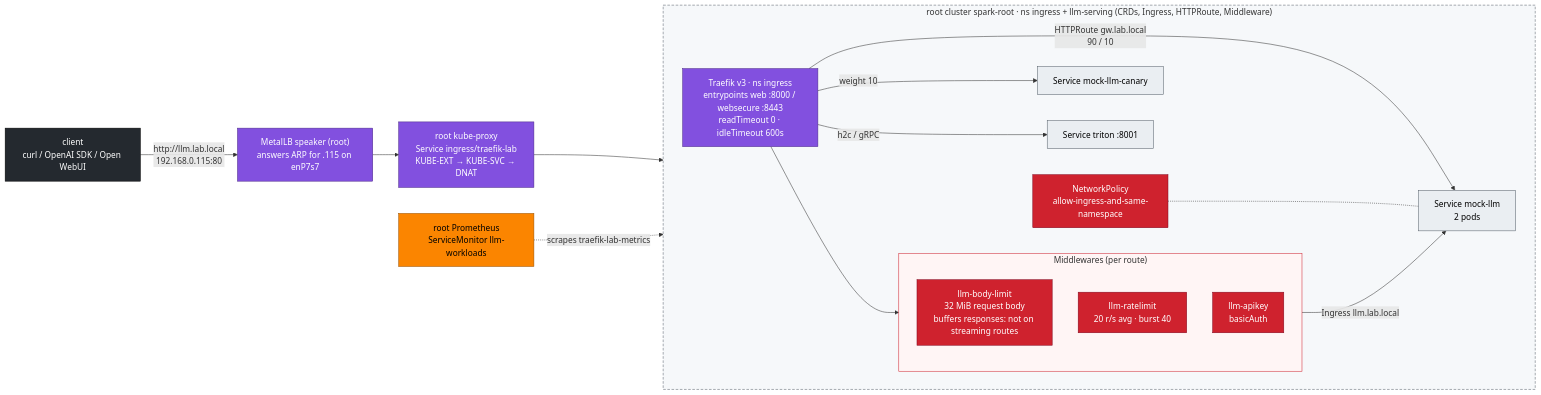
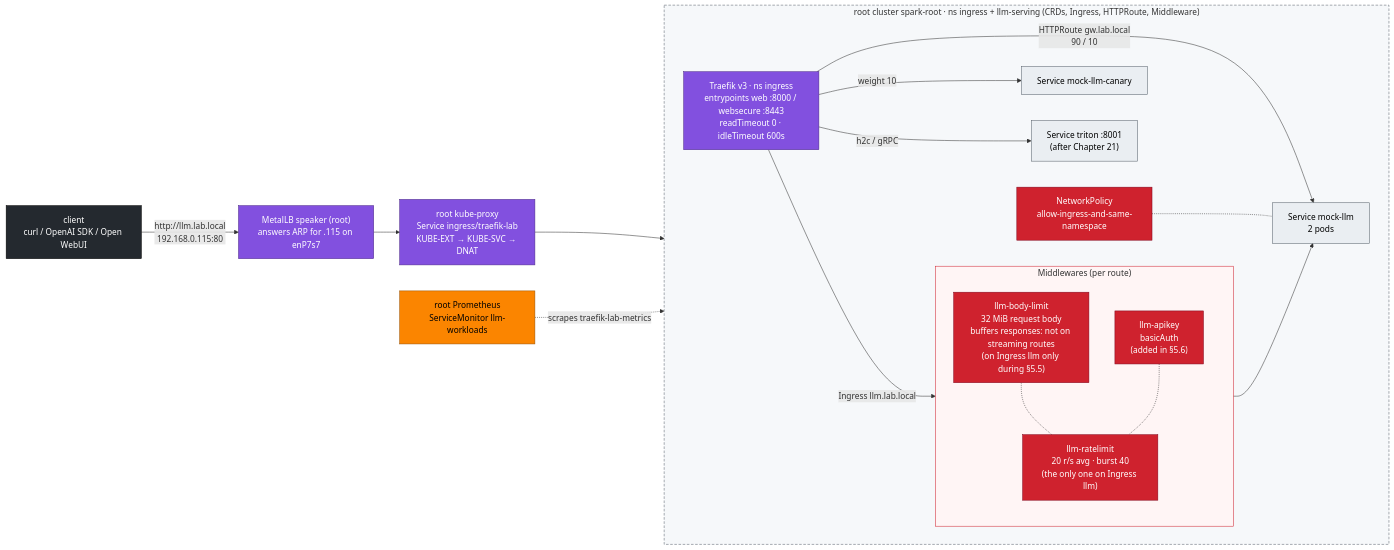
Before and after one commit to cloudone365/technical-depth: the first of 3 diagrams in 02-Kubernetes/11-ingress-controllers-and-gateway-api.md, drawn with Mermaid. The commit also changed other lines of this file and 91 other files, not shown here.

First line of the commit message:
Docs audit 01-04: fix mistakes found against the lab files; step-by-step flows

````diff
--- a/02-Kubernetes/11-ingress-controllers-and-gateway-api.md
+++ b/02-Kubernetes/11-ingress-controllers-and-gateway-api.md
@@ -33,39 +33,41 @@
 ```mermaid
 flowchart LR
   CL["client<br/>curl / OpenAI SDK / Open WebUI"] -->|"http://llm.lab.local<br/>192.168.0.115:80"| ARP["MetalLB speaker (root)<br/>answers ARP for .115 on enP7s7"]
   ARP --> KP["root kube-proxy<br/>Service ingress/traefik-lab<br/>KUBE-EXT → KUBE-SVC → DNAT"]
   subgraph LLMS["root cluster spark-root · ns ingress + llm-serving (CRDs, Ingress, HTTPRoute, Middleware)"]
     direction LR
     TR["Traefik v3 · ns ingress<br/>entrypoints web :8000 / websecure :8443<br/>readTimeout 0 · idleTimeout 600s"]
     subgraph MW["Middlewares (per route)"]
       direction TB
-      M1["llm-body-limit<br/>32 MiB request body<br/>buffers responses: not on streaming routes"]
-      M2["llm-ratelimit<br/>20 r/s avg · burst 40"]
-      M3["llm-apikey<br/>basicAuth"]
+      M1["llm-body-limit<br/>32 MiB request body<br/>buffers responses: not on streaming routes<br/>(on Ingress llm only during §5.5)"]
+      M2["llm-ratelimit<br/>20 r/s avg · burst 40<br/>(the only one on Ingress llm)"]
+      M3["llm-apikey<br/>basicAuth<br/>(added in §5.6)"]
     end
     S1["Service mock-llm<br/>2 pods"]
     S2["Service mock-llm-canary"]
-    S3["Service triton :8001"]
+    S3["Service triton :8001<br/>(after Chapter 21)"]
     NP["NetworkPolicy<br/>allow-ingress-and-same-namespace"]
   end
   KP --> TR
-  TR --> MW
-  MW -->|"Ingress llm.lab.local"| S1
+  TR -->|"Ingress llm.lab.local"| M2
+  M2 --> S1
+  M1 -.- M2
+  M3 -.- M2
   TR -->|"HTTPRoute gw.lab.local<br/>90 / 10"| S1
   TR -->|"weight 10"| S2
   TR -->|"h2c / gRPC"| S3
   NP -.- S1
   PROM["root Prometheus<br/>ServiceMonitor llm-workloads"] -. "scrapes traefik-lab-metrics" .-> TR
   classDef net fill:#8250df,stroke:#4c2889,color:#fff
   classDef sec fill:#cf222e,stroke:#82071e,color:#fff
   classDef ext fill:#24292f,stroke:#000,color:#fff
   classDef obs fill:#fb8500,stroke:#9a5200,color:#000
   classDef tenant fill:#eaeef2,stroke:#57606a,color:#000
   class ARP,KP,TR net
   class M1,M2,M3,NP sec
   class CL ext
   class PROM obs
   class S1,S2,S3 tenant
   style MW fill:#fff5f5,stroke:#cf222e
   style LLMS fill:#f6f8fa,stroke:#57606a,stroke-dasharray:5 3
 ```
````
